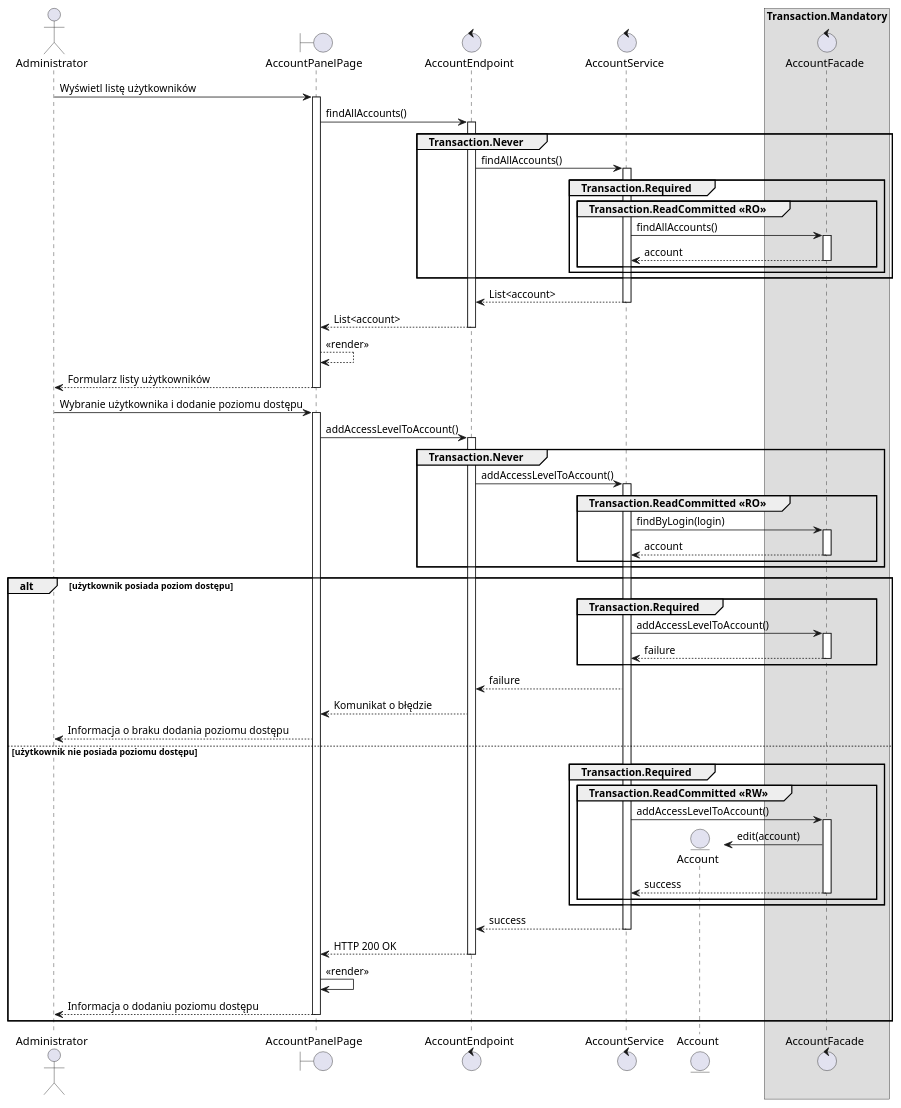
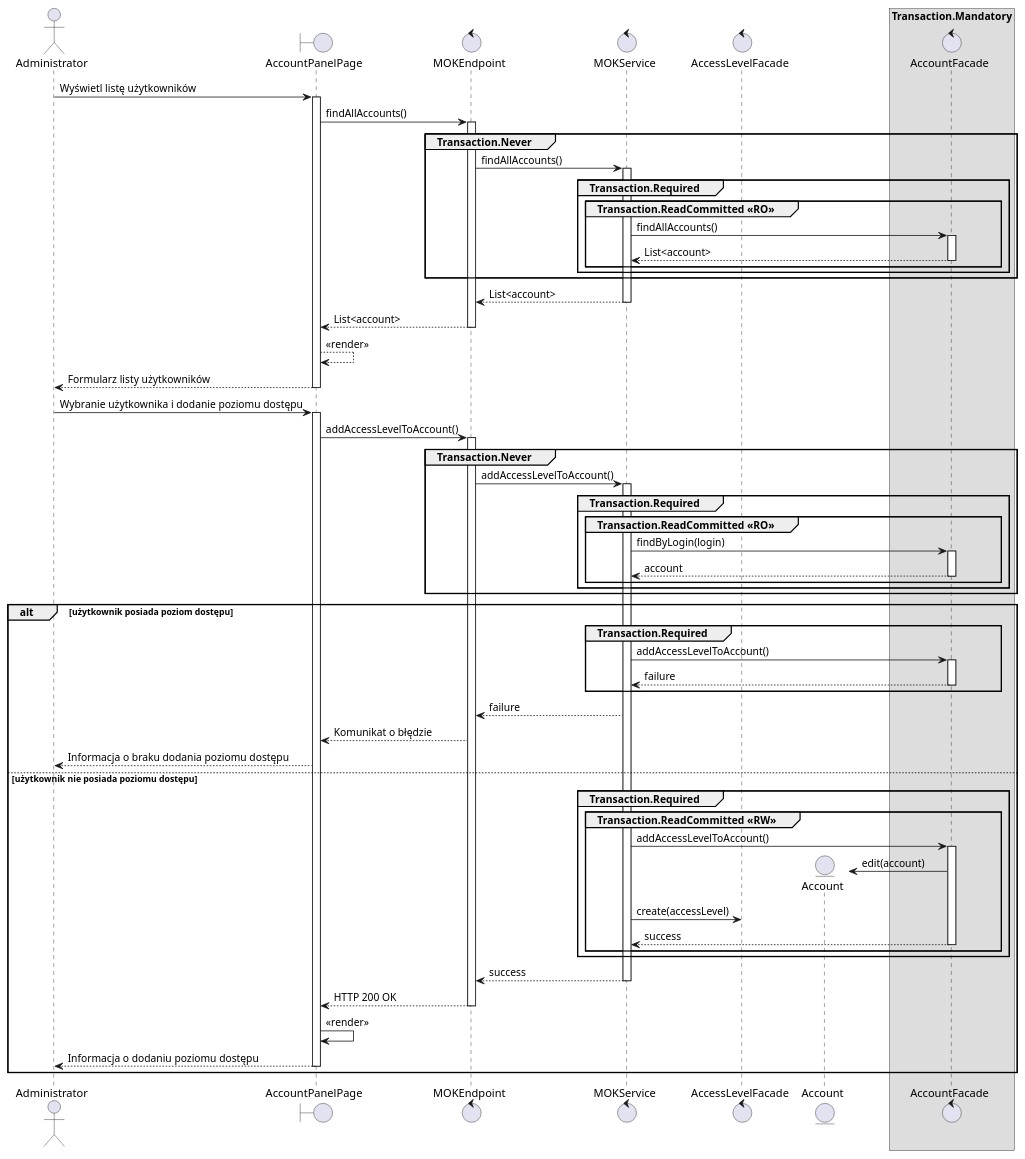
Before and after one commit to TheVivent-Politechnika-Lodzka/ssbd03_kic_uml: the diagram in src/rozdział 11/mok5.puml, drawn with PlantUML. The commit also changed 6 other files, not shown here.

```diff
--- a/src/rozdział 11/mok5.puml
+++ b/src/rozdział 11/mok5.puml
@@ -1,66 +1,69 @@
 @startuml MOK.5 - Dołącz poziom dostępu
 
 actor Administrator as admin
 boundary AccountPanelPage as gui
-control AccountEndpoint as controller
-control AccountService as service
+control MOKEndpoint as controller
+control MOKService as service
 control AccountFacade as facade
+control AccessLevelFacade as facadeLevel
 entity Account as account
 
 skinparam backgroundcolor transparent
 box Transaction.Mandatory 
     participant facade
 end box
 
 admin -> gui ++ : Wyświetl listę użytkowników
 gui -> controller ++ :  findAllAccounts()
 group Transaction.Never
     controller -> service ++ : findAllAccounts()
     group Transaction.Required
         group Transaction.ReadCommitted <<RO>>
             service -> facade ++ : findAllAccounts()
-            return account
+            return List<account>
         end
     end
 end
 return List<account>
 return List<account>
 gui --> gui : <<render>>
 return Formularz listy użytkowników
 
 admin -> gui ++ : Wybranie użytkownika i dodanie poziomu dostępu
 gui -> controller ++ : addAccessLevelToAccount()
 
 group Transaction.Never
     controller -> service ++ : addAccessLevelToAccount() 
-
-    group Transaction.ReadCommitted <<RO>>
-        service -> facade ++ : findByLogin(login)
-        return account
+    group Transaction.Required
+        group Transaction.ReadCommitted <<RO>>
+            service -> facade ++ : findByLogin(login)
+            return account
+        end    
     end
 end
 
 alt użytkownik posiada poziom dostępu
     group Transaction.Required
         service -> facade ++ : addAccessLevelToAccount()
         return failure
     end
     service --> controller : failure
     controller --> gui : Komunikat o błędzie
     gui --> admin : Informacja o braku dodania poziomu dostępu
     
 else użytkownik nie posiada poziomu dostępu
     group Transaction.Required
         group Transaction.ReadCommitted <<RW>>
             service -> facade ++ : addAccessLevelToAccount()
             facade -> account ** : edit(account)
+            service -> facadeLevel : create(accessLevel)
             return success
         end
     end
 return success
 return HTTP 200 OK
 gui -> gui : <<render>>
 return Informacja o dodaniu poziomu dostępu
 end
 
 @enduml
```
